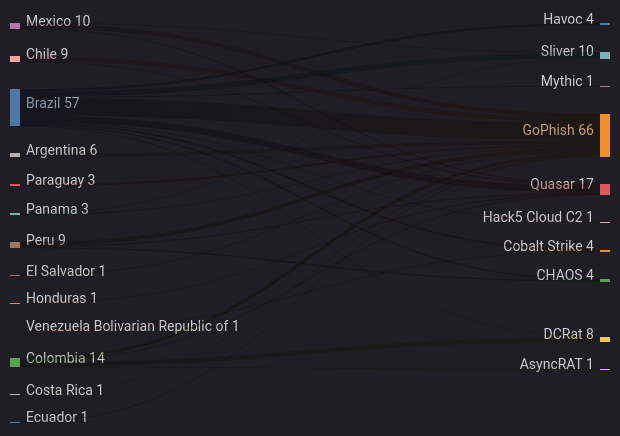
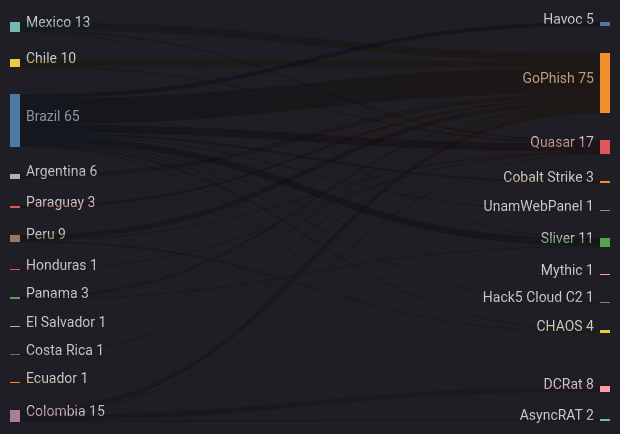
One commit to ZoqueLabs/website changed the fifth of 8 diagrams in zolim.md. Above: the diagram before and after it, drawn with Mermaid. The commit also changed other lines of this file, not shown here.

````diff
--- a/zolim.md
+++ b/zolim.md
@@ -114,38 +114,38 @@
 ```mermaid
 ---
 config:
   theme: dark
 ---
 %% Country → Threat (top)
 sankey-beta
-  Brazil,GoPhish,27
+  Brazil,GoPhish,32
   Brazil,Quasar,10
-  Brazil,Sliver,8
+  Mexico,GoPhish,10
+  Brazil,Sliver,9
+  Chile,GoPhish,8
   Colombia,DCRat,7
-  Mexico,GoPhish,7
-  Chile,GoPhish,7
   Peru,GoPhish,6
   Argentina,GoPhish,6
+  Brazil,Havoc,5
   Colombia,GoPhish,5
-  Brazil,Havoc,4
   Brazil,Cobalt Strike,3
   Paraguay,GoPhish,3
+  Colombia,AsyncRAT,2
   Chile,Quasar,2
   Panama,GoPhish,2
   Mexico,Quasar,2
   Peru,CHAOS,2
   Brazil,CHAOS,2
-  Colombia,AsyncRAT,1
+  Brazil,UnamWebPanel,1
   Brazil,Mythic,1
   Brazil,Hack5 Cloud C2,1
   Mexico,Sliver,1
   Panama,Sliver,1
   Peru,Quasar,1
   El Salvador,GoPhish,1
   Costa Rica,GoPhish,1
   Ecuador,GoPhish,1
   Brazil,DCRat,1
   Honduras,Quasar,1
   Colombia,Quasar,1
-  Venezuela  Bolivarian Republic of,Cobalt Strike,1
 ```
````
